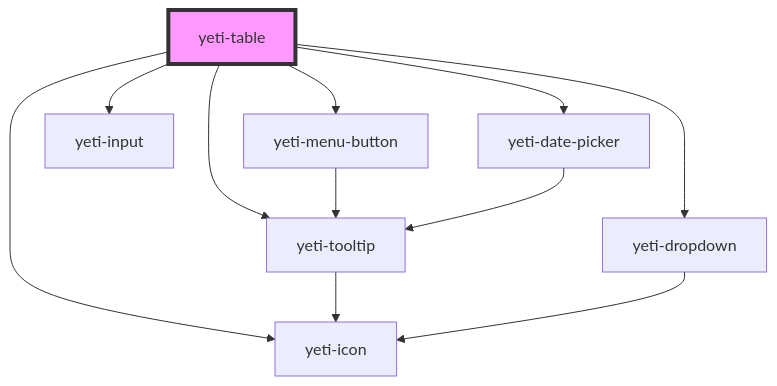
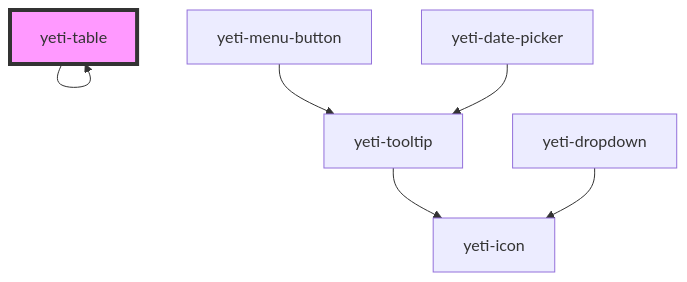
Before and after one commit to msoltvedt/yeti: the diagram in src/components/yeti-table/readme.md, drawn with Mermaid. The commit also changed other lines of this file and 164 other files, not shown here.

````diff
--- a/src/components/yeti-table/readme.md
+++ b/src/components/yeti-table/readme.md
@@ -47,14 +53,9 @@
 ```mermaid
 graph TD;
-  yeti-table --> yeti-icon
-  yeti-table --> yeti-menu-button
-  yeti-table --> yeti-tooltip
-  yeti-table --> yeti-input
-  yeti-table --> yeti-date-picker
-  yeti-table --> yeti-dropdown
+  yeti-table --> yeti-table
   yeti-menu-button --> yeti-tooltip
   yeti-tooltip --> yeti-icon
   yeti-date-picker --> yeti-tooltip
   yeti-dropdown --> yeti-icon
   style yeti-table fill:#f9f,stroke:#333,stroke-width:4px
 ```
````
